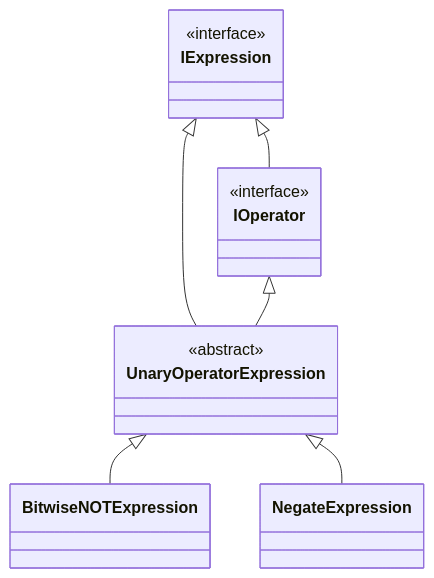
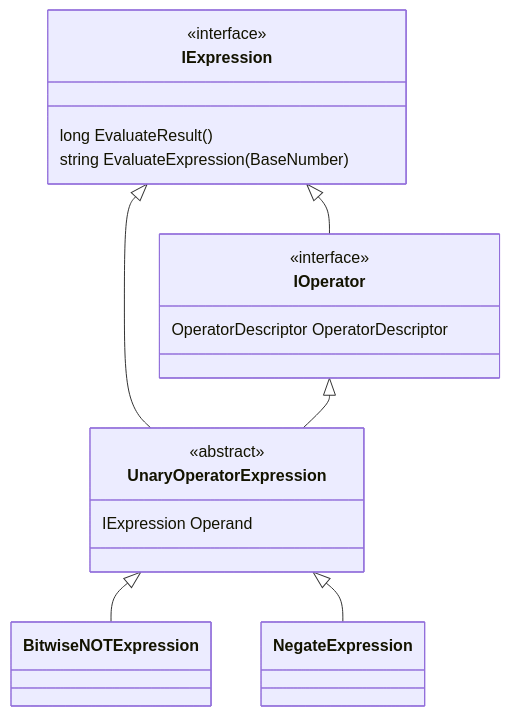
The second of 4 diagrams in README.md (munyeongseok/MSProgrammerCalculator), drawn with Mermaid before and after one commit. The commit also changed other lines of this file, not shown here.

````diff
--- a/README.md
+++ b/README.md
@@ -30,11 +30,15 @@
 ```mermaid
 classDiagram
     IExpression <|-- IOperator
     IExpression <|-- UnaryOperatorExpression
     IOperator <|-- UnaryOperatorExpression
     UnaryOperatorExpression <|-- BitwiseNOTExpression
     UnaryOperatorExpression <|-- NegateExpression
     <<interface>> IExpression
+    IExpression : long EvaluateResult()
+    IExpression : string EvaluateExpression(BaseNumber)
     <<interface>> IOperator
+    IOperator : OperatorDescriptor OperatorDescriptor
     <<abstract>> UnaryOperatorExpression
+    UnaryOperatorExpression : IExpression Operand
 ```
````
